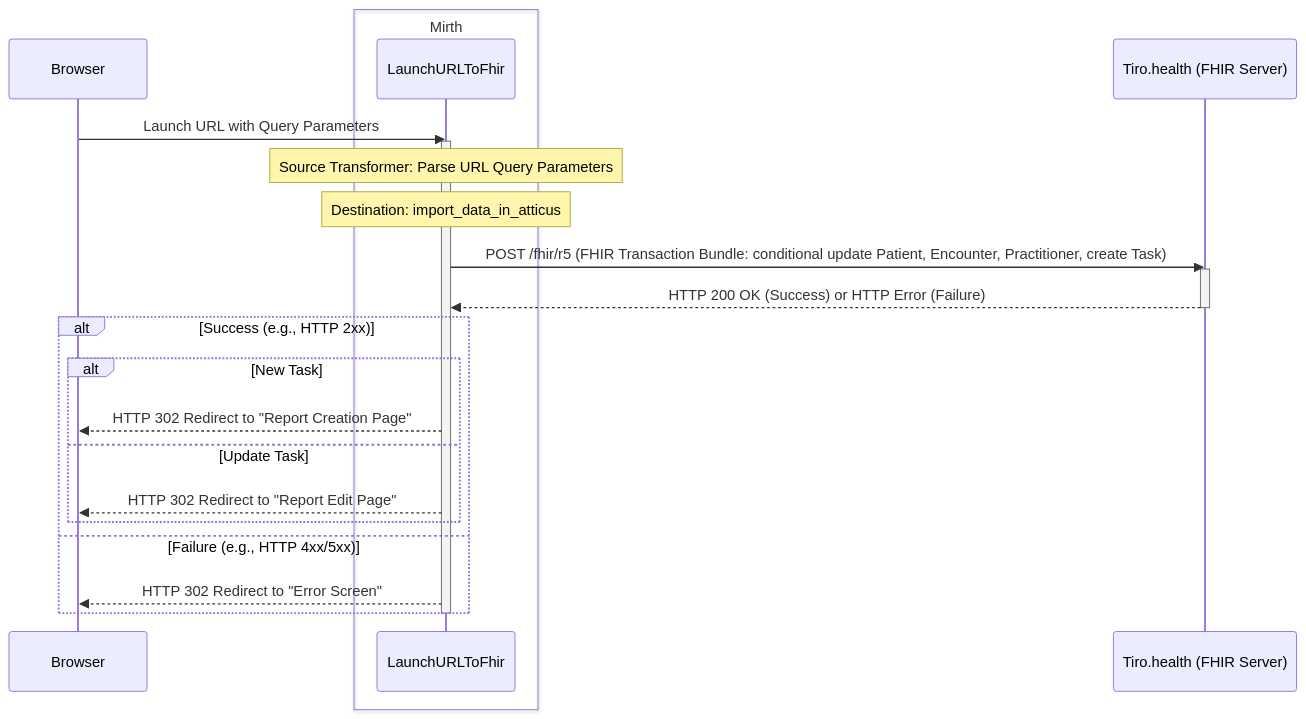
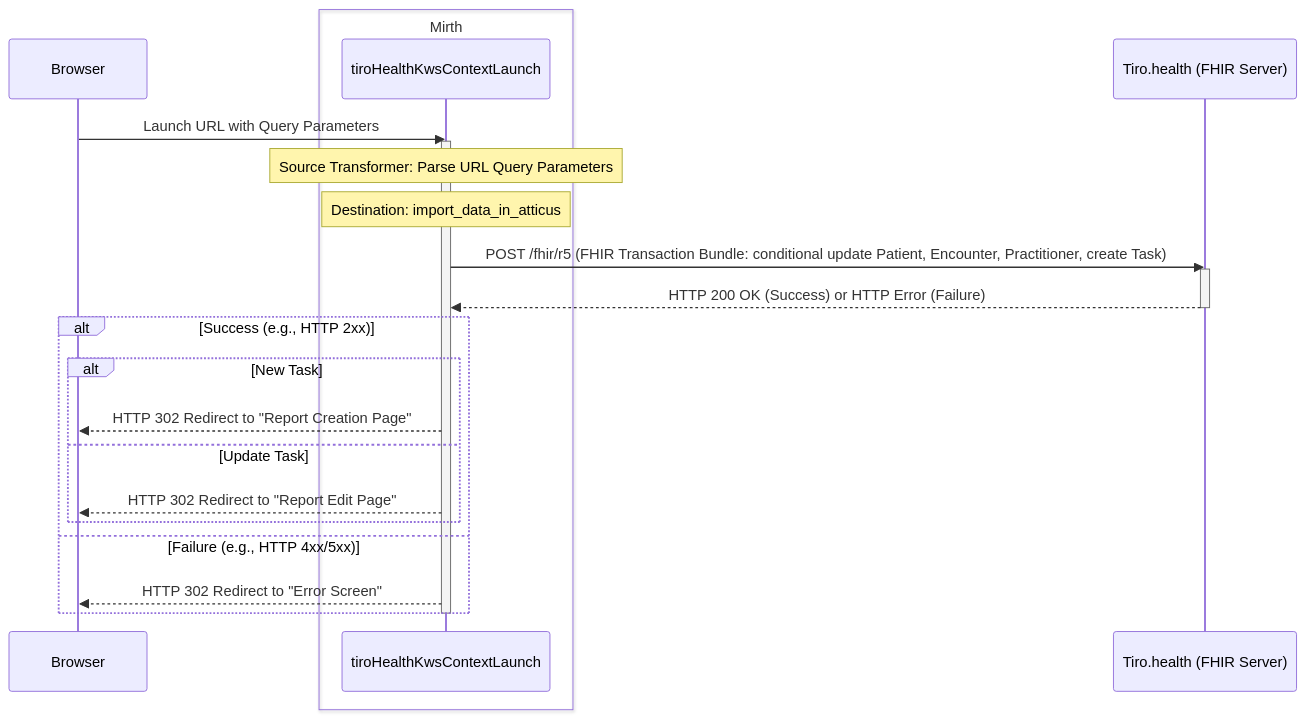
One commit to Tiro-health/atticus-docs changed the second of 3 diagrams in src/app/api/kws/page.mdx. Above: the diagram before and after it, drawn with Mermaid. The commit also changed other lines of this file, not shown here.

Commit message:
Update kws doc

````diff
--- a/src/app/api/kws/page.mdx
+++ b/src/app/api/kws/page.mdx
@@ -148,28 +147,28 @@
 ```mermaid
 sequenceDiagram
     participant C as Browser
     box Mirth
-    participant M as LaunchURLToFhir
+    participant M as tiroHealthKwsContextLaunch
     end
     participant T as Tiro.health (FHIR Server)
 
     C->>M: Launch URL with Query Parameters
     activate M
     note over M: Source Transformer: Parse URL Query Parameters
     note over M: Destination: import_data_in_atticus
     M->>T: POST /fhir/r5 (FHIR Transaction Bundle: conditional update Patient, Encounter, Practitioner, create Task)
     activate T
     T-->>M: HTTP 200 OK (Success) or HTTP Error (Failure)
     deactivate T
 
     alt Success (e.g., HTTP 2xx)
         alt New Task
             M-->>C: HTTP 302 Redirect to "Report Creation Page"
         else Update Task
             M-->>C: HTTP 302 Redirect to "Report Edit Page"
         end
     else Failure (e.g., HTTP 4xx/5xx)
         M-->>C: HTTP 302 Redirect to "Error Screen"
     end
     deactivate M
 ```
````
